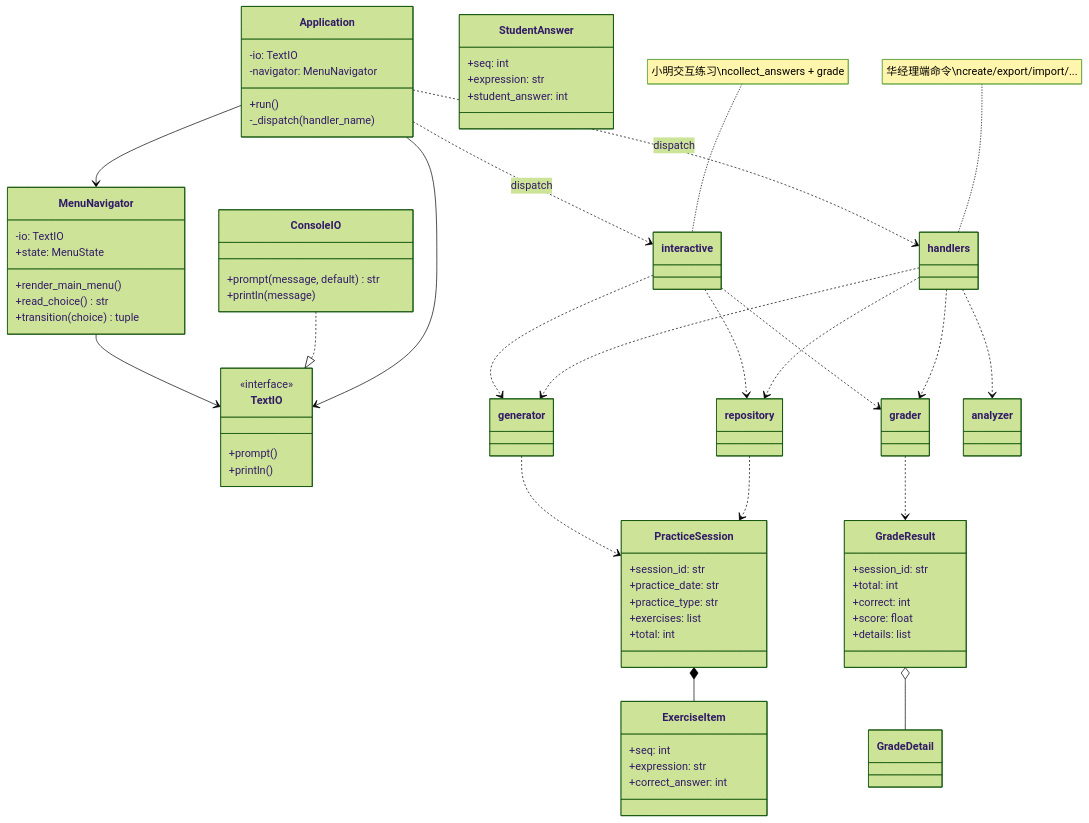
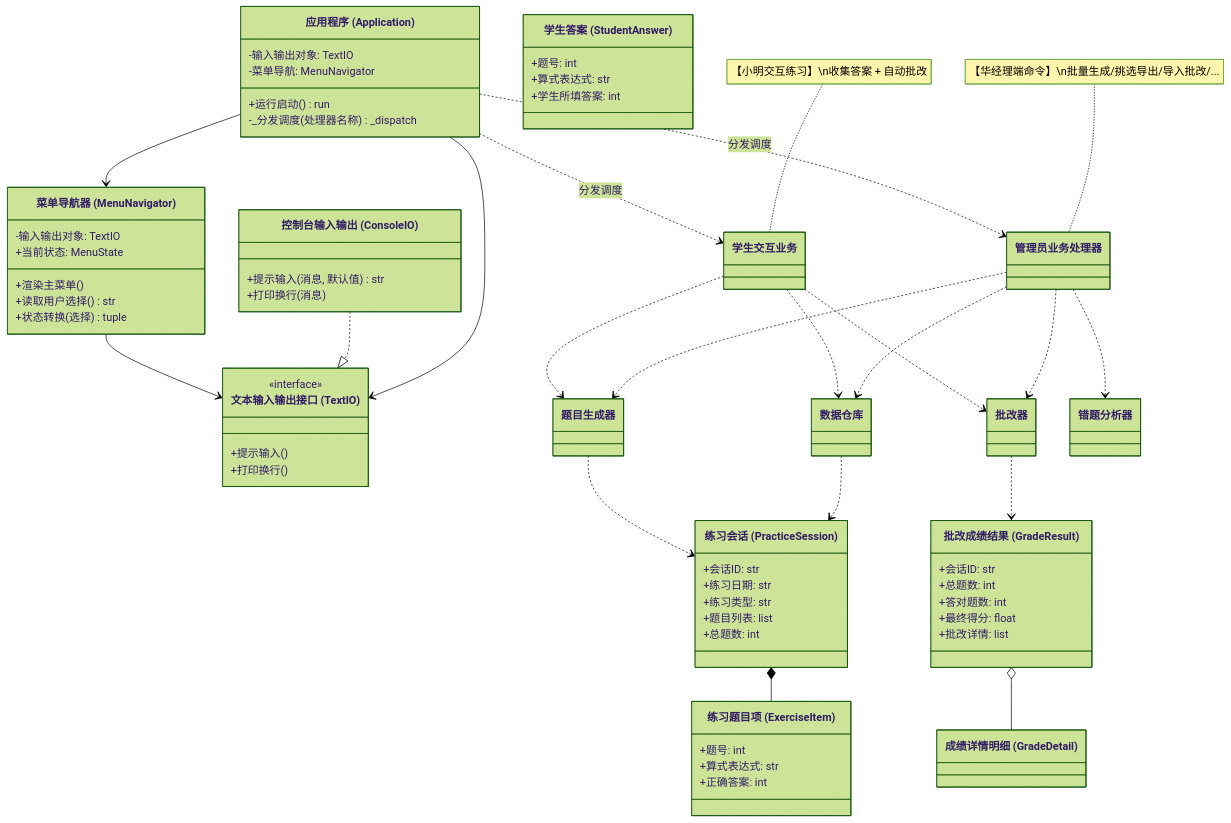
Before and after one commit to fumiaogodv/tese_four_liu: the diagram in docs/CLASS_DIAGRAM.md, drawn with Mermaid (forest theme). The commit also changed 39 other files, not shown here.

````diff
--- a/docs/CLASS_DIAGRAM.md
+++ b/docs/CLASS_DIAGRAM.md
@@ -4,84 +4,95 @@
 classDiagram
     direction TB
 
+    %% 使用更兼容的类名中文化语法
+    class Application["应用程序 (Application)"]
+    class MenuNavigator["菜单导航器 (MenuNavigator)"]
+    class ConsoleIO["控制台输入输出 (ConsoleIO)"]
+    class TextIO["文本输入输出接口 (TextIO)"]
+    class PracticeSession["练习会话 (PracticeSession)"]
+    class ExerciseItem["练习题目项 (ExerciseItem)"]
+    class StudentAnswer["学生答案 (StudentAnswer)"]
+    class GradeResult["批改成绩结果 (GradeResult)"]
+    class GradeDetail["成绩详情明细 (GradeDetail)"]
+
     class Application {
-        -io: TextIO
-        -navigator: MenuNavigator
-        +run()
-        -_dispatch(handler_name)
+        -输入输出对象: TextIO
+        -菜单导航: MenuNavigator
+        +运行启动() run
+        -_分发调度(处理器名称) _dispatch
     }
 
     class MenuNavigator {
-        -io: TextIO
-        +state: MenuState
-        +render_main_menu()
-        +read_choice() str
-        +transition(choice) tuple
+        -输入输出对象: TextIO
+        +当前状态: MenuState
+        +渲染主菜单()
+        +读取用户选择() str
+        +状态转换(选择) tuple
     }
 
     class ConsoleIO {
-        +prompt(message, default) str
-        +println(message)
+        +提示输入(消息, 默认值) str
+        +打印换行(消息)
     }
 
     class TextIO {
         <<interface>>
-        +prompt()
-        +println()
+        +提示输入()
+        +打印换行()
     }
 
     class PracticeSession {
-        +session_id: str
-        +practice_date: str
-        +practice_type: str
-        +exercises: list
-        +total: int
+        +会话ID: str
+        +练习日期: str
+        +练习类型: str
+        +题目列表: list
+        +总题数: int
     }
 
     class ExerciseItem {
-        +seq: int
-        +expression: str
-        +correct_answer: int
+        +题号: int
+        +算式表达式: str
+        +正确答案: int
     }
 
     class StudentAnswer {
-        +seq: int
-        +expression: str
-        +student_answer: int
+        +题号: int
+        +算式表达式: str
+        +学生所填答案: int
     }
 
     class GradeResult {
-        +session_id: str
-        +total: int
-        +correct: int
-        +score: float
-        +details: list
+        +会话ID: str
+        +总题数: int
+        +答对题数: int
+        +最终得分: float
+        +批改详情: list
     }
 
+    %% 关系连线
     Application --> MenuNavigator
     Application --> TextIO
     ConsoleIO ..|> TextIO
     MenuNavigator --> TextIO
 
-    Application ..> handlers : dispatch
-    Application ..> interactive : dispatch
+    Application ..> 管理员业务处理器 : 分发调度
+    Application ..> 学生交互业务 : 分发调度
 
-    note for handlers "华经理端命令\ncreate/export/import/..."
-
-    note for interactive "小明交互练习\ncollect_answers + grade"
+    note for 管理员业务处理器 "【华经理端命令】\n批量生成/挑选导出/导入批改/..."
+    note for 学生交互业务 "【小明交互练习】\n收集答案 + 自动批改"
 
     PracticeSession *-- ExerciseItem
     GradeResult o-- GradeDetail
 
-    handlers ..> generator
-    handlers ..> repository
-    handlers ..> grader
-    handlers ..> analyzer
-    interactive ..> generator
-    interactive ..> grader
-    interactive ..> repository
+    管理员业务处理器 ..> 题目生成器
+    管理员业务处理器 ..> 数据仓库
+    管理员业务处理器 ..> 批改器
+    管理员业务处理器 ..> 错题分析器
+    学生交互业务 ..> 题目生成器
+    学生交互业务 ..> 批改器
+    学生交互业务 ..> 数据仓库
 
-    repository ..> PracticeSession
-    grader ..> GradeResult
-    generator ..> PracticeSession
+    数据仓库 ..> PracticeSession
+    批改器 ..> GradeResult
+    题目生成器 ..> PracticeSession
 ```
````
